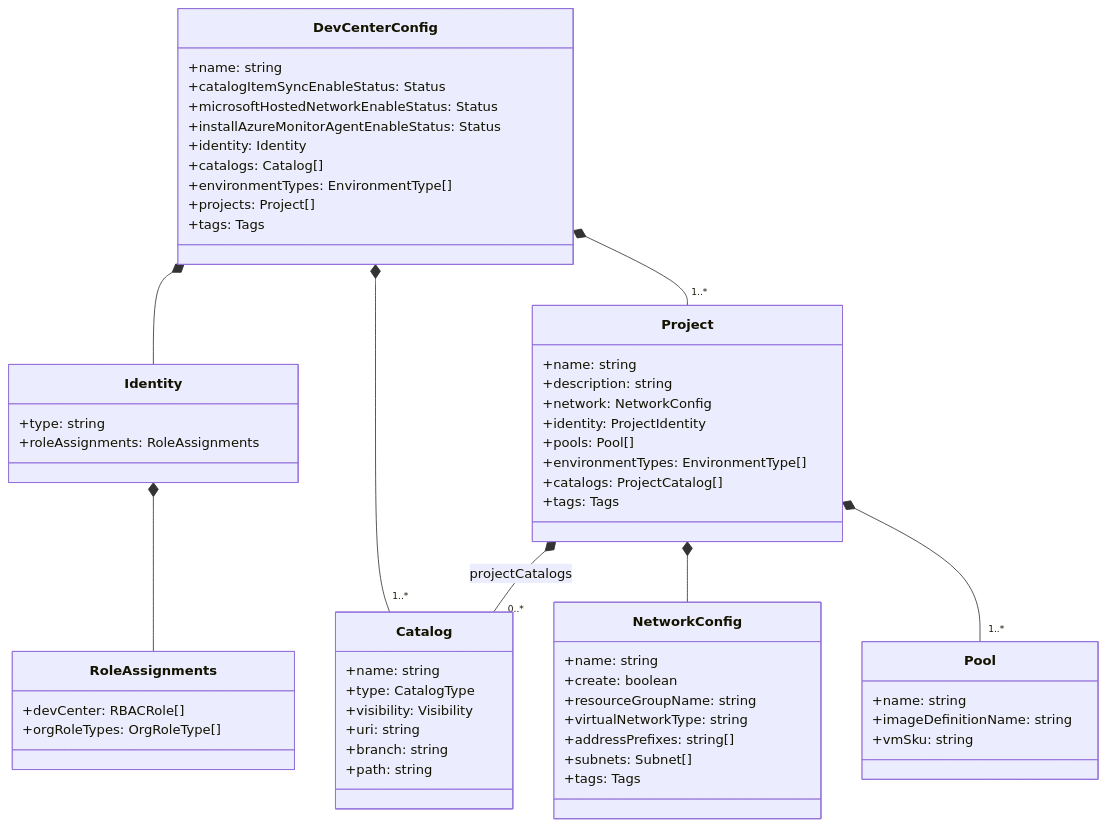
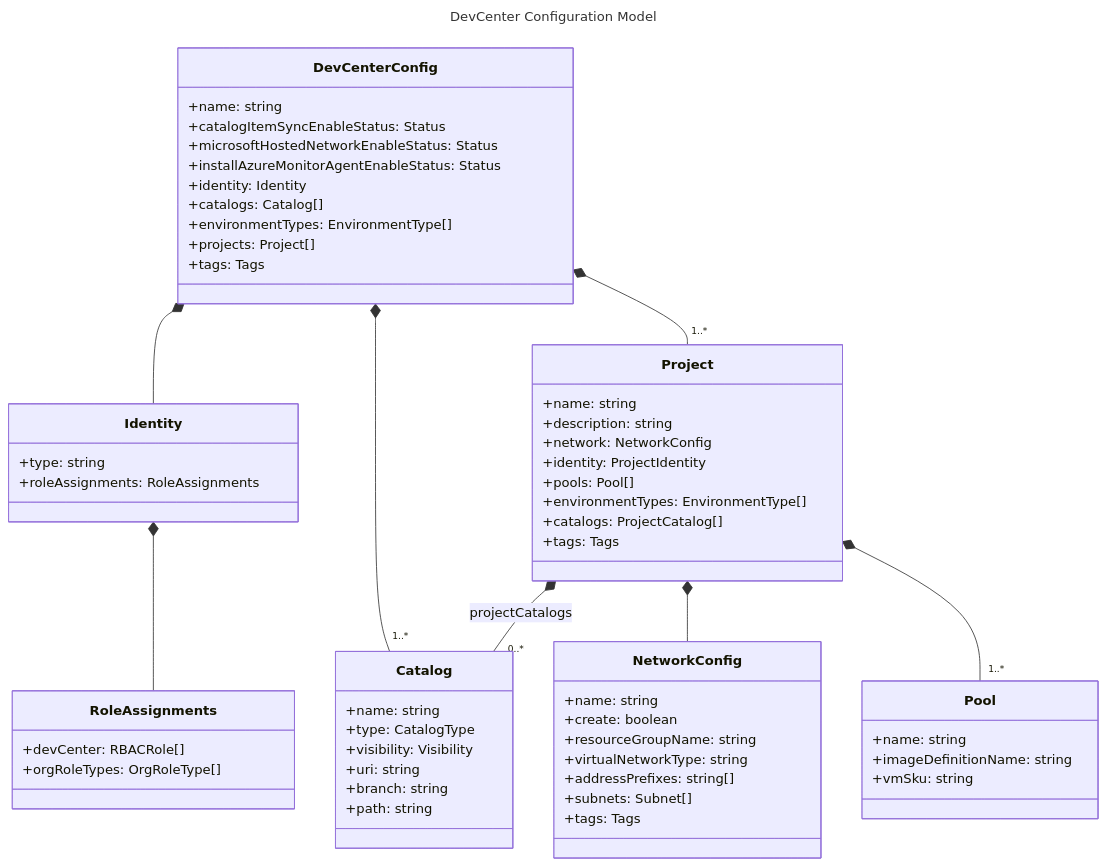
Before and after one commit to Evilazaro/DevExp-DevBox: the fourth of 13 diagrams in docs/architecture/02-data-architecture.md, drawn with Mermaid. The commit also changed other lines of this file, not shown here.

Commit message:
Refactor data architecture documentation to enhance clarity and detail in diagrams and relationships

````diff
--- a/docs/architecture/02-data-architecture.md
+++ b/docs/architecture/02-data-architecture.md
@@ -213,68 +222,71 @@
 ```mermaid
+---
+title: DevCenter Configuration Model
+---
 classDiagram
     class DevCenterConfig {
         +name: string
         +catalogItemSyncEnableStatus: Status
         +microsoftHostedNetworkEnableStatus: Status
         +installAzureMonitorAgentEnableStatus: Status
         +identity: Identity
         +catalogs: Catalog[]
         +environmentTypes: EnvironmentType[]
         +projects: Project[]
         +tags: Tags
     }
 
     class Identity {
         +type: string
         +roleAssignments: RoleAssignments
     }
 
     class RoleAssignments {
         +devCenter: RBACRole[]
         +orgRoleTypes: OrgRoleType[]
     }
 
     class Project {
         +name: string
         +description: string
         +network: NetworkConfig
         +identity: ProjectIdentity
         +pools: Pool[]
         +environmentTypes: EnvironmentType[]
         +catalogs: ProjectCatalog[]
         +tags: Tags
     }
 
     class Pool {
         +name: string
         +imageDefinitionName: string
         +vmSku: string
     }
 
     class Catalog {
         +name: string
         +type: CatalogType
         +visibility: Visibility
         +uri: string
         +branch: string
         +path: string
     }
 
     class NetworkConfig {
         +name: string
         +create: boolean
         +resourceGroupName: string
         +virtualNetworkType: string
         +addressPrefixes: string[]
         +subnets: Subnet[]
         +tags: Tags
     }
 
     DevCenterConfig *-- Identity
     DevCenterConfig *-- "1..*" Catalog
     DevCenterConfig *-- "1..*" Project
     Identity *-- RoleAssignments
     Project *-- NetworkConfig
     Project *-- "1..*" Pool
     Project *-- "0..*" Catalog : projectCatalogs
 ```
````
